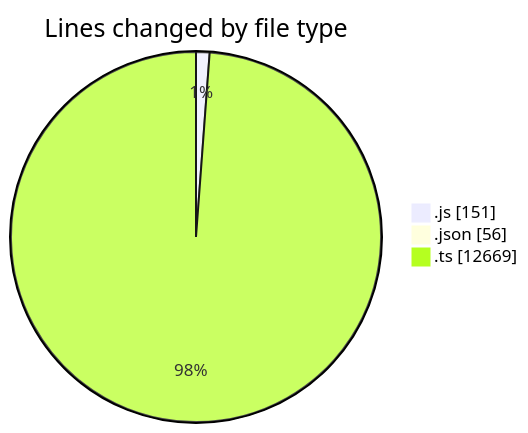
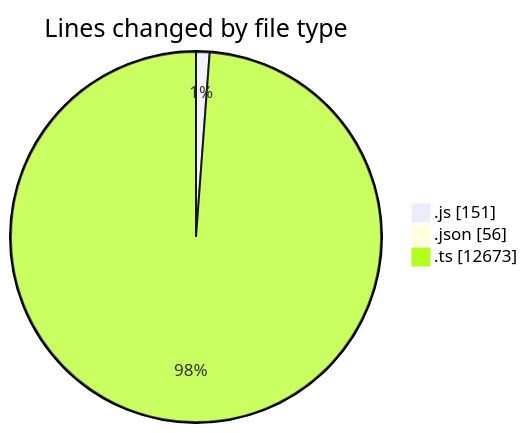
The first of 2 diagrams in 2025-09-04/cda/README.md (momahboobian/code-tracking), drawn with Mermaid before and after one commit. The commit also changed other lines of this file and 1 other file, not shown here.

````diff
--- a/2025-09-04/cda/README.md
+++ b/2025-09-04/cda/README.md
@@ -28,7 +28,7 @@
 ```mermaid
 pie showData
 title Lines changed by file type
 ".js" : 151
 ".json" : 56
-".ts" : 12669
+".ts" : 12673
 ```
````
